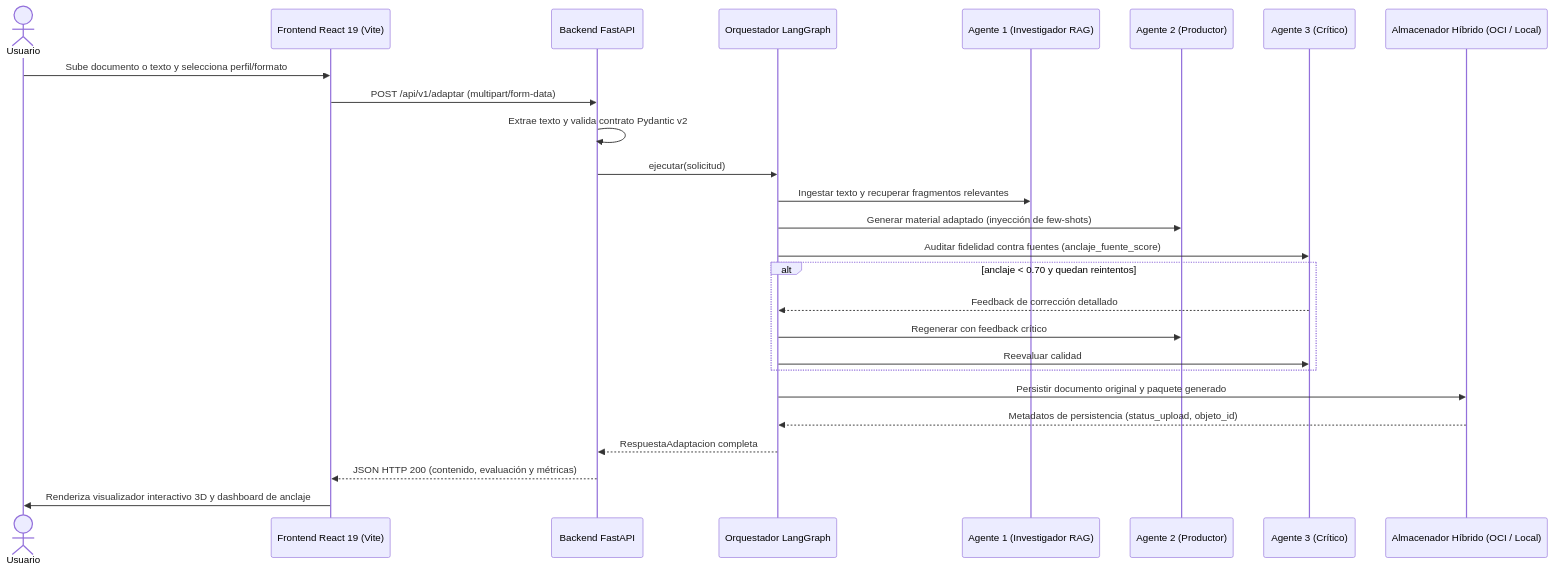
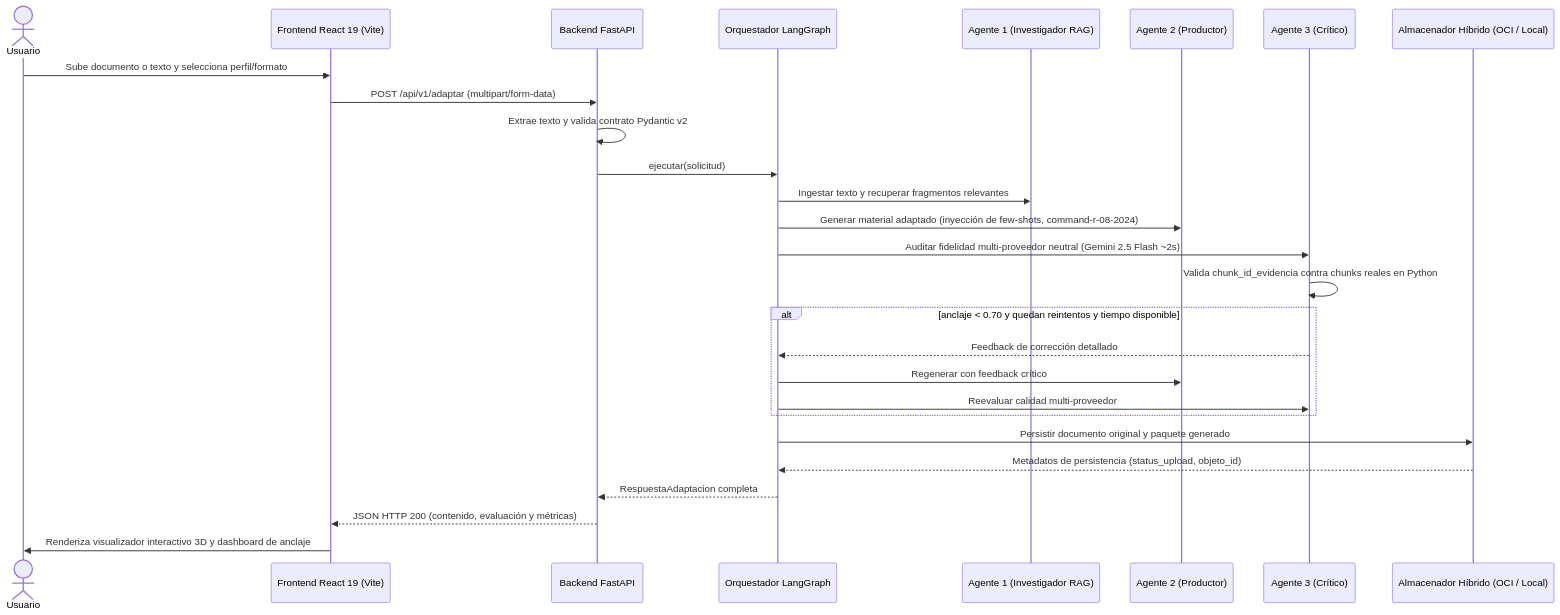
One commit to No-Country-simulation/G10-LATAM-equipo10NovaMind changed the second of 2 diagrams in backend/docs/ARCHITECTURE.md. Above: the diagram before and after it, drawn with Mermaid. The commit also changed other lines of this file and 67 other files, not shown here.

````diff
--- a/backend/docs/ARCHITECTURE.md
+++ b/backend/docs/ARCHITECTURE.md
@@ -57,29 +61,30 @@
 ```mermaid
 sequenceDiagram
   actor Usuario
   participant UI as Frontend React 19 (Vite)
   participant API as Backend FastAPI
   participant ORQ as Orquestador LangGraph
   participant RAG as Agente 1 (Investigador RAG)
   participant P as Agente 2 (Productor)
   participant C as Agente 3 (Crítico)
   participant S as Almacenador Híbrido (OCI / Local)
 
   Usuario->>UI: Sube documento o texto y selecciona perfil/formato
   UI->>API: POST /api/v1/adaptar (multipart/form-data)
   API->>API: Extrae texto y valida contrato Pydantic v2
   API->>ORQ: ejecutar(solicitud)
   ORQ->>RAG: Ingestar texto y recuperar fragmentos relevantes
-  ORQ->>P: Generar material adaptado (inyección de few-shots)
-  ORQ->>C: Auditar fidelidad contra fuentes (anclaje_fuente_score)
-  alt anclaje < 0.70 y quedan reintentos
+  ORQ->>P: Generar material adaptado (inyección de few-shots, command-r-08-2024)
+  ORQ->>C: Auditar fidelidad multi-proveedor neutral (Gemini 2.5 Flash ~2s)
+  C->>C: Valida chunk_id_evidencia contra chunks reales en Python
+  alt anclaje < 0.70 y quedan reintentos y tiempo disponible
     C-->>ORQ: Feedback de corrección detallado
     ORQ->>P: Regenerar con feedback crítico
-    ORQ->>C: Reevaluar calidad
+    ORQ->>C: Reevaluar calidad multi-proveedor
   end
   ORQ->>S: Persistir documento original y paquete generado
   S-->>ORQ: Metadatos de persistencia (status_upload, objeto_id)
   ORQ-->>API: RespuestaAdaptacion completa
   API-->>UI: JSON HTTP 200 (contenido, evaluación y métricas)
   UI->>Usuario: Renderiza visualizador interactivo 3D y dashboard de anclaje
 ```
````
